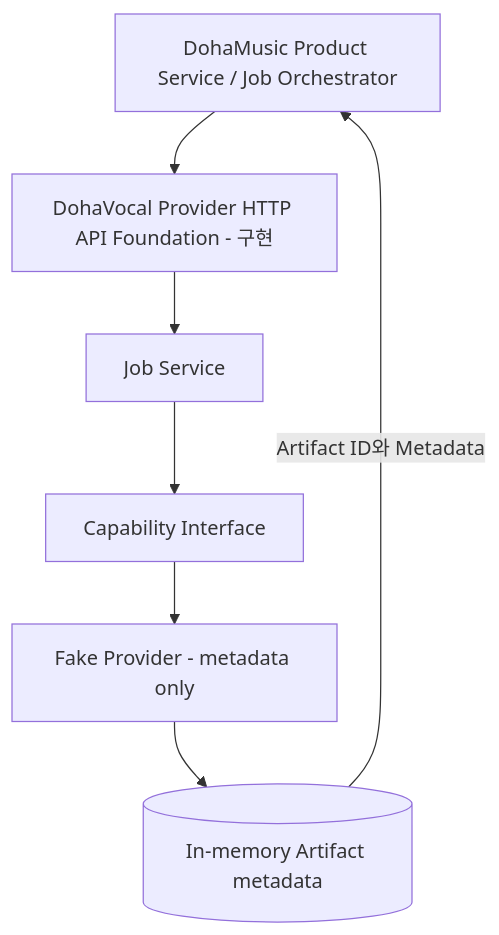
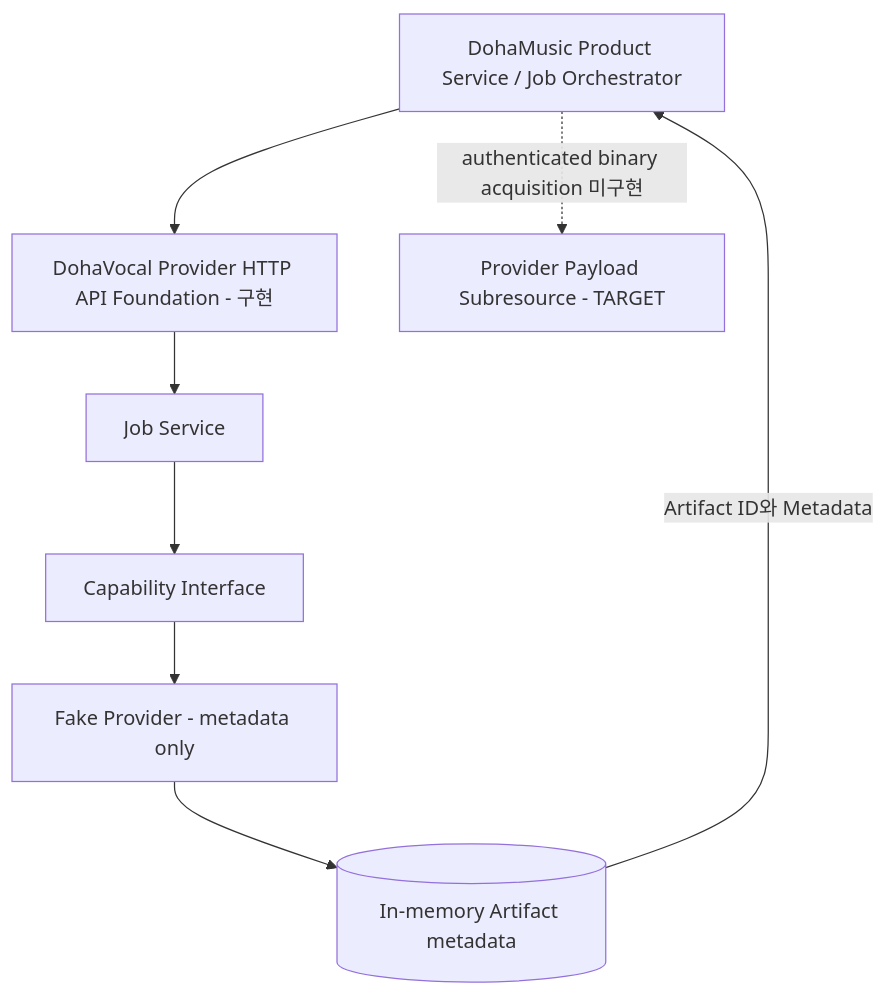
Before and after one commit to DohaStudio/DohaVocal: the diagram in docs/03-architecture/system-architecture.md, drawn with Mermaid. The commit also changed other lines of this file and 17 other files, not shown here.

Commit message:
docs: Provider payload acquisition 계약 정의

````diff
--- a/docs/03-architecture/system-architecture.md
+++ b/docs/03-architecture/system-architecture.md
@@ -5,12 +5,14 @@
 ```mermaid
 flowchart TB
     DM[DohaMusic Product Service / Job Orchestrator]
     API[DohaVocal Provider HTTP API Foundation - 구현]
     APP[Job Service]
     CAP[Capability Interface]
     ADP[Fake Provider - metadata only]
     ART[(In-memory Artifact metadata)]
+    PAY[Provider Payload Subresource - TARGET]
 
     DM --> API --> APP --> CAP --> ADP --> ART
     ART -->|Artifact ID와 Metadata| DM
+    DM -. authenticated binary acquisition 미구현 .-> PAY
 ```
````
